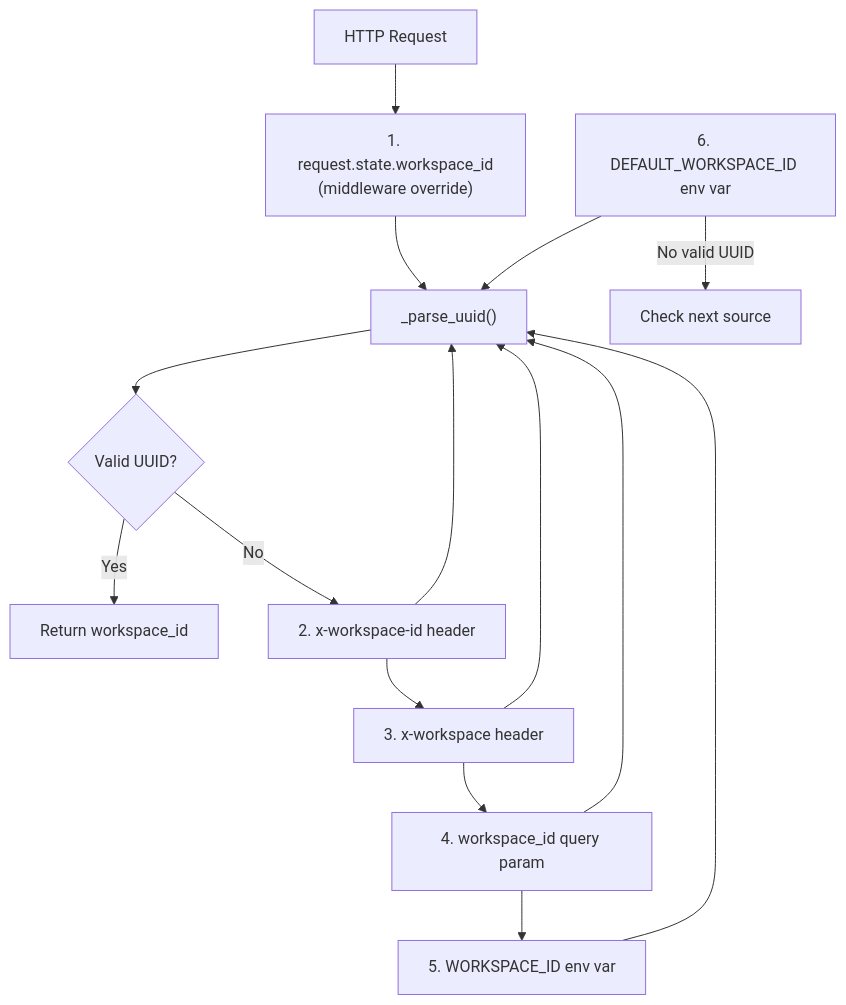
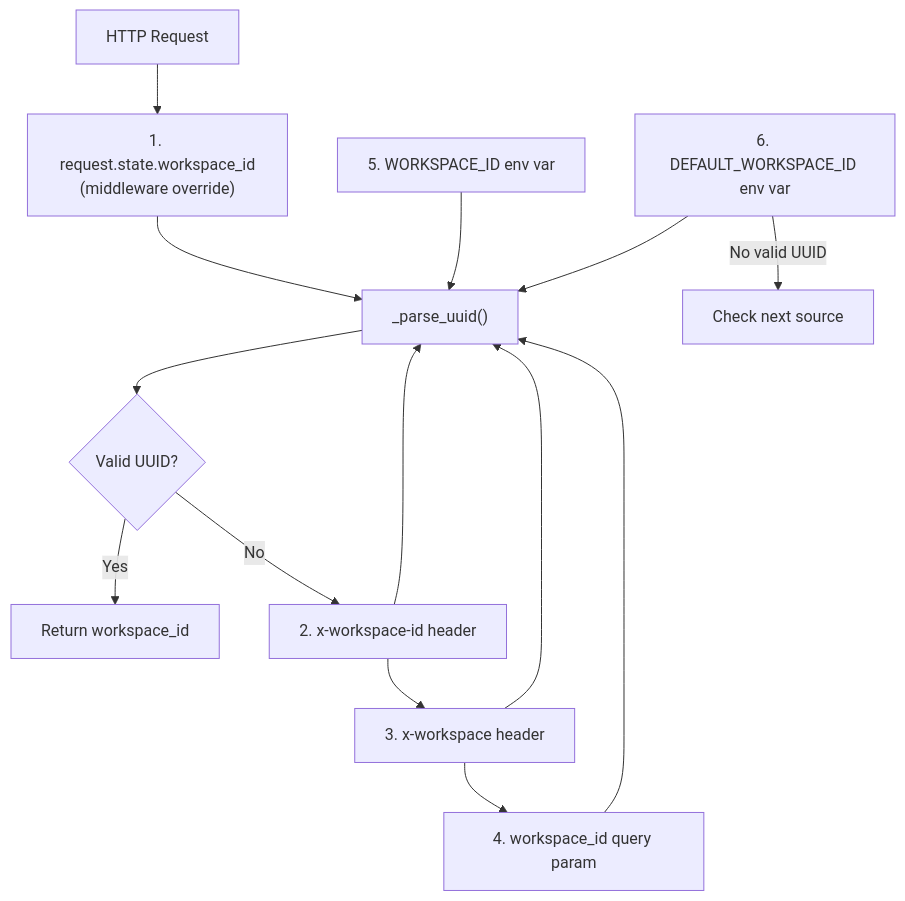
The first of 4 diagrams in docs/authentication-multi-tenancy/workspace-management.md (AutomatosAI/automatos-ai), drawn with Mermaid before and after one commit. The commit also changed other lines of this file and 191 other files, not shown here.

````diff
--- a/docs/authentication-multi-tenancy/workspace-management.md
+++ b/docs/authentication-multi-tenancy/workspace-management.md
@@ -47,31 +42,30 @@
 ```mermaid
 graph TB
     Request["HTTP Request"]
     
     Check1["1. request.state.workspace_id<br/>(middleware override)"]
     Check2["2. x-workspace-id header"]
     Check3["3. x-workspace header"]
     Check4["4. workspace_id query param"]
     Check5["5. WORKSPACE_ID env var"]
     Check6["6. DEFAULT_WORKSPACE_ID env var"]
     
     Parse["_parse_uuid()"]
     Valid{"Valid UUID?"}
     Return["Return workspace_id"]
     NextCheck["Check next source"]
     
     Request --> Check1
     Check1 --> Parse
     Parse --> Valid
     Valid -->|Yes| Return
     Valid -->|No| Check2
     Check2 --> Parse
     Check2 --> Check3
     Check3 --> Parse
     Check3 --> Check4
     Check4 --> Parse
-    Check4 --> Check5
     Check5 --> Parse
     Check6 --> Parse
     Check6 -->|No valid UUID| NextCheck
 ```
````
